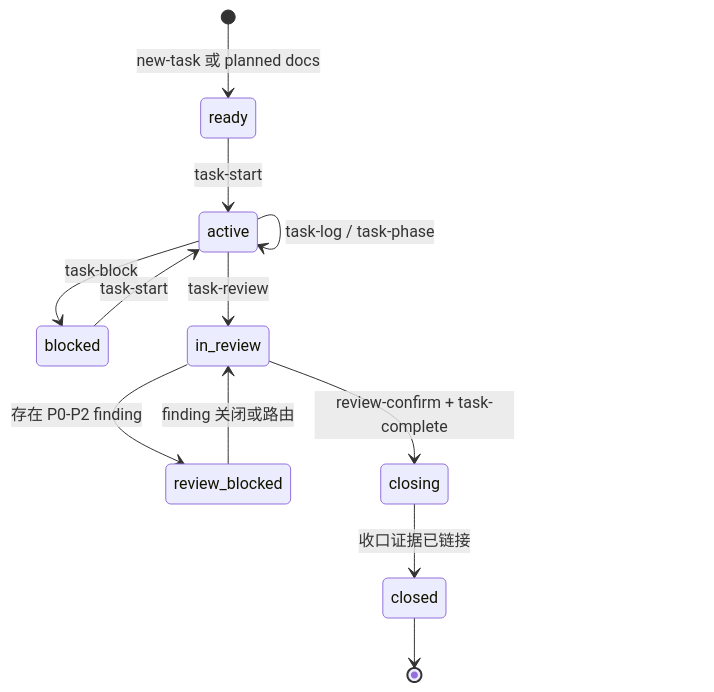
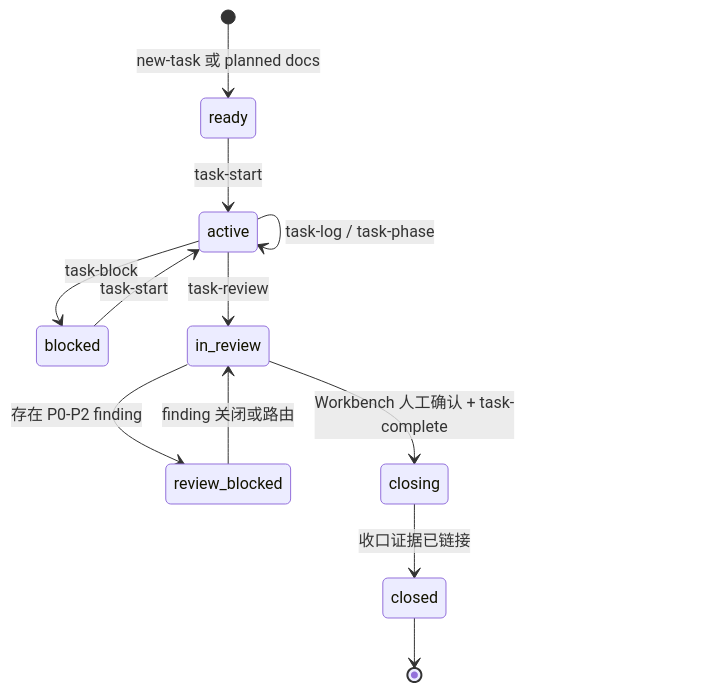
The sixth of 11 diagrams in docs-release/architecture/overview.zh-CN.md (FairladyZ625/coding-agent-harness), drawn with Mermaid before and after one commit. The commit also changed other lines of this file and 33 other files, not shown here.

````diff
--- a/docs-release/architecture/overview.zh-CN.md
+++ b/docs-release/architecture/overview.zh-CN.md
@@ -146,14 +146,14 @@
 ```mermaid
 stateDiagram-v2
   [*] --> ready: new-task 或 planned docs
   ready --> active: task-start
   active --> active: task-log / task-phase
   active --> blocked: task-block
   blocked --> active: task-start
   active --> in_review: task-review
   in_review --> review_blocked: 存在 P0-P2 finding
   review_blocked --> in_review: finding 关闭或路由
-  in_review --> closing: review-confirm + task-complete
+  in_review --> closing: Workbench 人工确认 + task-complete
   closing --> closed: 收口证据已链接
   closed --> [*]
 ```
````
